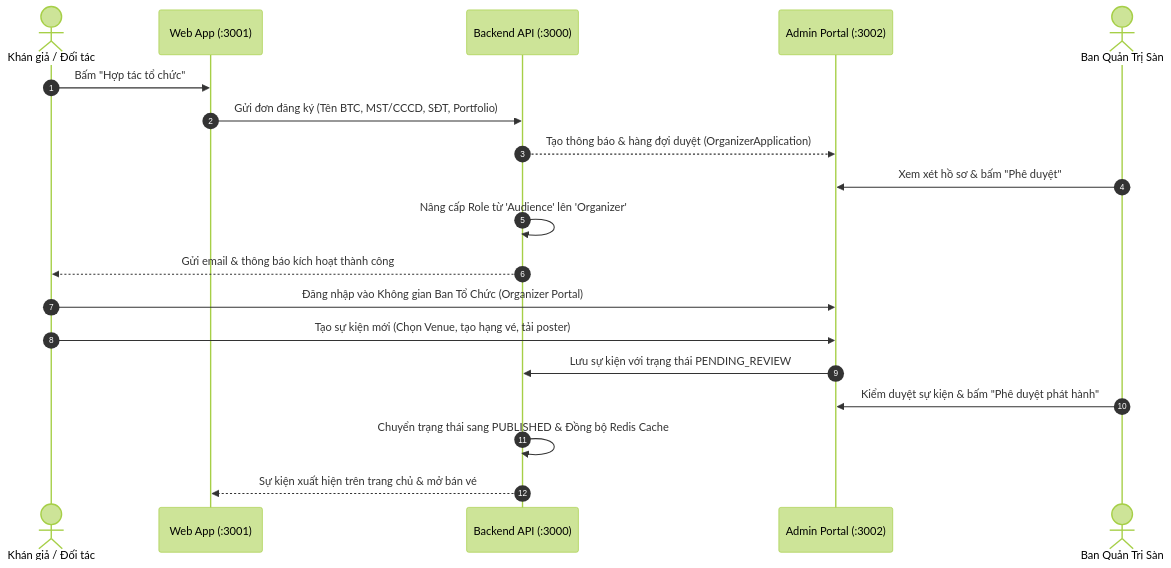
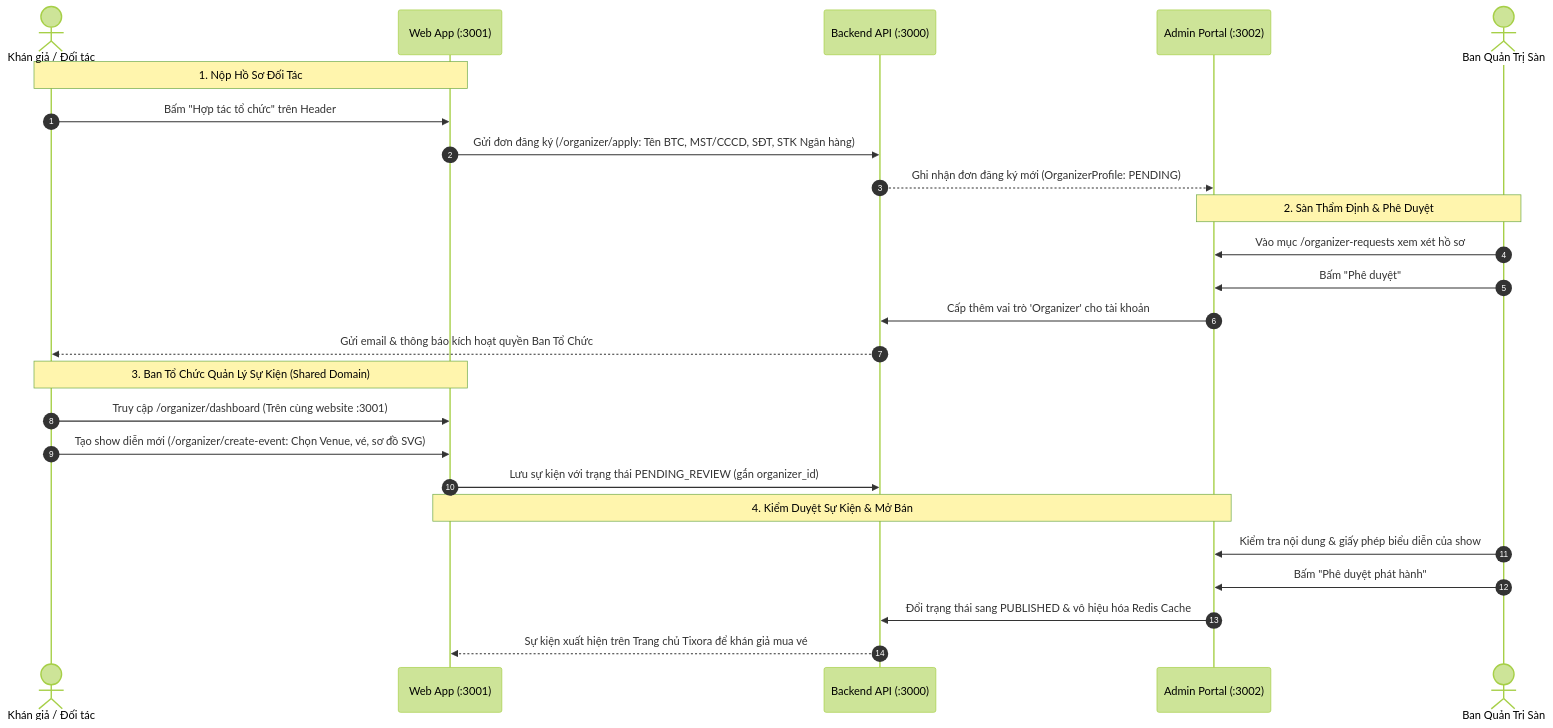
One commit to tvquang0511/Tixora changed the diagram in docs/ORGANIZER_PLATFORM_PROPOSAL.md. Above: the diagram before and after it, drawn with Mermaid (forest theme). The commit also changed other lines of this file, not shown here.

Commit message:
docs: align organizer platform proposal with shared-domain architecture

````diff
--- a/docs/ORGANIZER_PLATFORM_PROPOSAL.md
+++ b/docs/ORGANIZER_PLATFORM_PROPOSAL.md
@@ -26,23 +28,31 @@
 ```mermaid
 sequenceDiagram
     autonumber
     actor User as Khán giả / Đối tác
     participant Web as Web App (:3001)
     participant API as Backend API (:3000)
     participant Admin as Admin Portal (:3002)
     actor SuperAdmin as Ban Quản Trị Sàn
 
-    User->>Web: Bấm "Hợp tác tổ chức"
-    Web->>API: Gửi đơn đăng ký (Tên BTC, MST/CCCD, SĐT, Portfolio)
-    API-->>Admin: Tạo thông báo & hàng đợi duyệt (OrganizerApplication)
-    SuperAdmin->>Admin: Xem xét hồ sơ & bấm "Phê duyệt"
-    API->>API: Nâng cấp Role từ 'Audience' lên 'Organizer'
-    API-->>User: Gửi email & thông báo kích hoạt thành công
+    Note over User,Web: 1. Nộp Hồ Sơ Đối Tác
+    User->>Web: Bấm "Hợp tác tổ chức" trên Header
+    Web->>API: Gửi đơn đăng ký (/organizer/apply: Tên BTC, MST/CCCD, SĐT, STK Ngân hàng)
+    API-->>Admin: Ghi nhận đơn đăng ký mới (OrganizerProfile: PENDING)
 
-    User->>Admin: Đăng nhập vào Không gian Ban Tổ Chức (Organizer Portal)
-    User->>Admin: Tạo sự kiện mới (Chọn Venue, tạo hạng vé, tải poster)
-    Admin->>API: Lưu sự kiện với trạng thái PENDING_REVIEW
-    SuperAdmin->>Admin: Kiểm duyệt sự kiện & bấm "Phê duyệt phát hành"
-    API->>API: Chuyển trạng thái sang PUBLISHED & Đồng bộ Redis Cache
-    API-->>Web: Sự kiện xuất hiện trên trang chủ & mở bán vé
+    Note over Admin,SuperAdmin: 2. Sàn Thẩm Định & Phê Duyệt
+    SuperAdmin->>Admin: Vào mục /organizer-requests xem xét hồ sơ
+    SuperAdmin->>Admin: Bấm "Phê duyệt"
+    Admin->>API: Cấp thêm vai trò 'Organizer' cho tài khoản
+    API-->>User: Gửi email & thông báo kích hoạt quyền Ban Tổ Chức
+
+    Note over User,Web: 3. Ban Tổ Chức Quản Lý Sự Kiện (Shared Domain)
+    User->>Web: Truy cập /organizer/dashboard (Trên cùng website :3001)
+    User->>Web: Tạo show diễn mới (/organizer/create-event: Chọn Venue, vé, sơ đồ SVG)
+    Web->>API: Lưu sự kiện với trạng thái PENDING_REVIEW (gắn organizer_id)
+
+    Note over Admin,Web: 4. Kiểm Duyệt Sự Kiện & Mở Bán
+    SuperAdmin->>Admin: Kiểm tra nội dung & giấy phép biểu diễn của show
+    SuperAdmin->>Admin: Bấm "Phê duyệt phát hành"
+    Admin->>API: Đổi trạng thái sang PUBLISHED & vô hiệu hóa Redis Cache
+    API-->>Web: Sự kiện xuất hiện trên Trang chủ Tixora để khán giả mua vé
 ```
````
